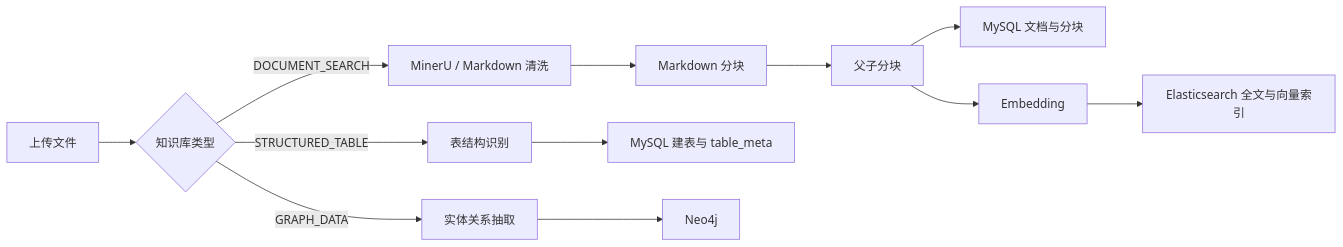
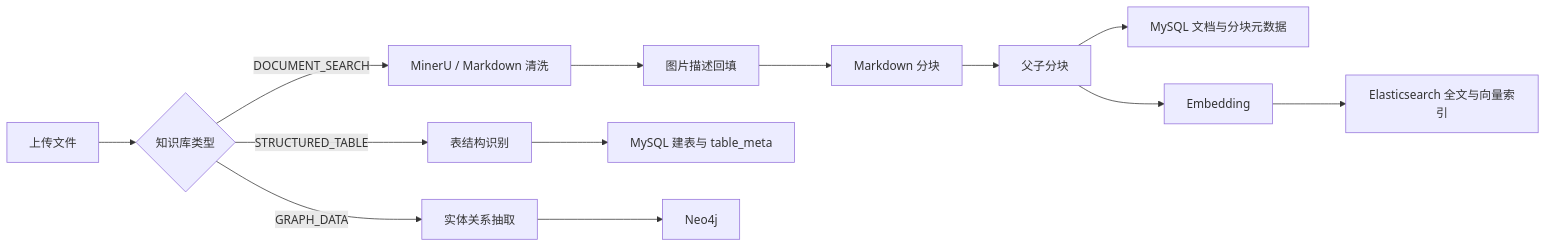
One commit to litieshan2331/RAG-main changed the first of 2 diagrams in README.md. Above: the diagram before and after it, drawn with Mermaid. The commit also changed other lines of this file and 17 other files, not shown here.

````diff
--- a/README.md
+++ b/README.md
@@ -25,14 +26,15 @@
 ```mermaid
 flowchart LR
     A["上传文件"] --> B{"知识库类型"}
     B -->|DOCUMENT_SEARCH| C["MinerU / Markdown 清洗"]
-    C --> D["Markdown 分块"]
-    D --> E["父子分块"]
-    E --> F["MySQL 文档与分块"]
-    E --> G["Embedding"]
-    G --> H["Elasticsearch 全文与向量索引"]
-    B -->|STRUCTURED_TABLE| I["表结构识别"]
-    I --> J["MySQL 建表与 table_meta"]
-    B -->|GRAPH_DATA| K["实体关系抽取"]
-    K --> L["Neo4j"]
+    C --> D["图片描述回填"]
+    D --> E["Markdown 分块"]
+    E --> F["父子分块"]
+    F --> G["MySQL 文档与分块元数据"]
+    F --> H["Embedding"]
+    H --> I["Elasticsearch 全文与向量索引"]
+    B -->|STRUCTURED_TABLE| J["表结构识别"]
+    J --> K["MySQL 建表与 table_meta"]
+    B -->|GRAPH_DATA| L["实体关系抽取"]
+    L --> M["Neo4j"]
 ```
````
